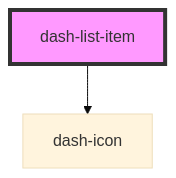
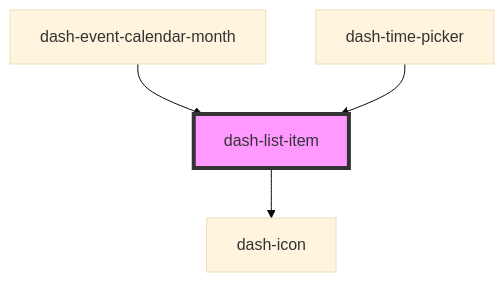
The diagram in packages/dash-components/src/components/dash-list-item/readme.md (jmanke/dash), drawn with Mermaid (base theme) before and after one commit. The commit also changed other lines of this file and 15 other files, not shown here.

````diff
--- a/packages/dash-components/src/components/dash-list-item/readme.md
+++ b/packages/dash-components/src/components/dash-list-item/readme.md
@@ -47,5 +52,7 @@
 ```mermaid
 graph TD;
   dash-list-item --> dash-icon
+  dash-event-calendar-month --> dash-list-item
+  dash-time-picker --> dash-list-item
   style dash-list-item fill:#f9f,stroke:#333,stroke-width:4px
 ```
````
